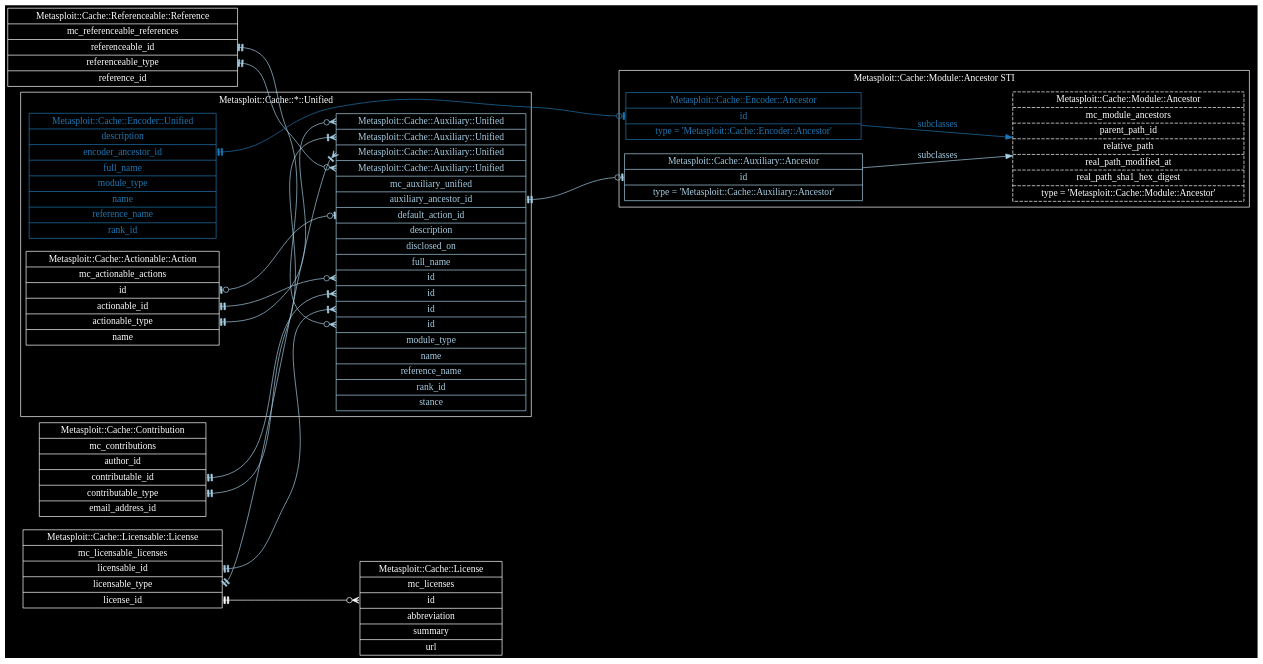
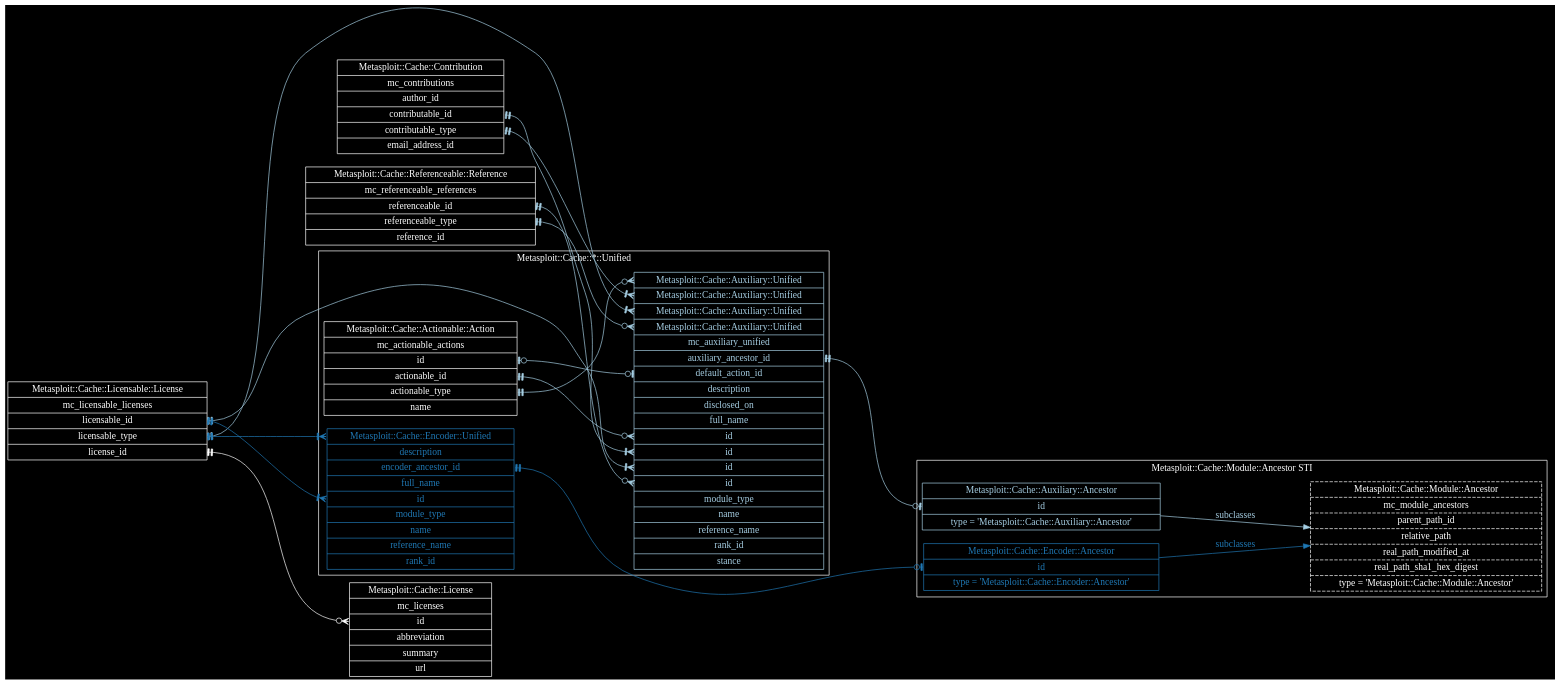
Before and after one commit to rapid7/metasploit-cache: the diagram in docs/metasploit-cache-read-model.dot, drawn with Graphviz.

Commit message:
Licensable::License -> Encoder::Unified
MSP-12192

```diff
--- a/docs/metasploit-cache-read-model.dot
+++ b/docs/metasploit-cache-read-model.dot
@@ -1,172 +1,186 @@
 digraph "Metasploit::Cache Read Model" {
   edge [
     color = "white"
     fontcolor = "white"
   ]
   graph [
     bgcolor = "black"
     rankdir = "LR"
     ranksep = "2"
   ]
   node [
     color = "white"
     fontcolor = "white"
     shape = "record"
   ]
 
   "Metasploit::Cache::Actionable::Action" [
     label = "Metasploit::Cache::Actionable::Action | mc_actionable_actions | <id>id | <actionable_id>actionable_id | <actionable_type>actionable_type | name"
   ]
 
   "Metasploit::Cache::Actionable::Action":actionable_id -> "Metasploit::Cache::Auxiliary::Unified":id_for_actionable_id [
     arrowhead = "crowodot"
     arrowtail = "teetee"
     color = "/paired9/1"
     dir = "both"
   ]
 
   "Metasploit::Cache::Actionable::Action":actionable_type -> "Metasploit::Cache::Auxiliary::Unified":type_for_actionable_type [
     arrowhead = "crowodot"
     arrowtail = "teetee"
     color = "/paired9/1"
     dir = "both"
   ]
 
   "Metasploit::Cache::Contribution" [
     label = "Metasploit::Cache::Contribution | mc_contributions | author_id | <contributable_id>contributable_id | <contributable_type>contributable_type | email_address_id"
   ]
 
   "Metasploit::Cache::Contribution":contributable_id -> "Metasploit::Cache::Auxiliary::Unified":id_for_contributable_id [
     arrowhead = "crowtee"
     arrowtail = "teetee"
     color = "/paired9/1"
     dir = "both"
   ]
 
   "Metasploit::Cache::Contribution":contributable_type -> "Metasploit::Cache::Auxiliary::Unified":type_for_contributable_type [
     arrowhead = "crowtee"
     arrowtail = "teetee"
     color = "/paired9/1"
     dir = "both"
   ]
 
   "Metasploit::Cache::License" [
     label = "Metasploit::Cache::License | mc_licenses | <id>id | abbreviation | summary | url"
   ]
 
   "Metasploit::Cache::Licensable::License" [
     label = "Metasploit::Cache::Licensable::License | mc_licensable_licenses | <licensable_id>licensable_id | <licensable_type>licensable_type | <license_id>license_id"
   ]
 
   "Metasploit::Cache::Licensable::License":licensable_id -> "Metasploit::Cache::Auxiliary::Unified":id_for_licensable_id [
     arrowhead = "crowtee"
     arrowtail = "teetee"
     color = "/paired9/1"
     dir = "both"
   ]
 
   "Metasploit::Cache::Licensable::License":licensable_type -> "Metasploit::Cache::Auxiliary::Unified":type_for_licensable_type [
     arrowhead = "crowtee"
     arrowtail = "teetee"
     color = "/paired9/1"
+    dir = "both"
+  ]
+
+  "Metasploit::Cache::Licensable::License":licensable_id -> "Metasploit::Cache::Encoder::Unified":id_for_licensable_id [
+    arrowhead = "crowtee"
+    arrowtail = "teetee"
+    color = "/paired9/2"
+    dir = "both"
+  ]
+
+  "Metasploit::Cache::Licensable::License":licensable_type -> "Metasploit::Cache::Encoder::Unified":type_for_licensable_type [
+    arrowhead = "crowtee"
+    arrowtail = "teetee"
+    color = "/paired9/2"
     dir = "both"
   ]
 
   "Metasploit::Cache::Licensable::License":license_id -> "Metasploit::Cache::License":id [
     arrowhead = "crowodot"
     arrowtail = "teetee"
     dir = "both"
   ]
 
   "Metasploit::Cache::Referenceable::Reference" [
     label = "Metasploit::Cache::Referenceable::Reference | mc_referenceable_references | <referenceable_id>referenceable_id | <referenceable_type>referenceable_type | reference_id"
   ]
 
   "Metasploit::Cache::Referenceable::Reference":referenceable_id -> "Metasploit::Cache::Auxiliary::Unified":id_for_referenceable_id [
     arrowhead = "crowodot"
     arrowtail = "teetee"
     color = "/paired9/1"
     dir = "both"
   ]
 
   "Metasploit::Cache::Referenceable::Reference":referenceable_type -> "Metasploit::Cache::Auxiliary::Unified":type_for_referenceable_type [
     arrowhead = "crowodot"
     arrowtail = "teetee"
     color = "/paired9/1"
     dir = "both"
   ]
 
   subgraph cluster_mc_module_ancestors {
     color = "white"
     fontcolor = "white"
     label = "Metasploit::Cache::Module::Ancestor STI"
 
     "Metasploit::Cache::Module::Ancestor" [
       label = "Metasploit::Cache::Module::Ancestor | mc_module_ancestors | parent_path_id | relative_path | real_path_modified_at | real_path_sha1_hex_digest | type = 'Metasploit::Cache::Module::Ancestor'"
       style = "dashed"
     ]
 
     "Metasploit::Cache::Auxiliary::Ancestor" [
       fontcolor = "/paired9/1"
       label = "Metasploit::Cache::Auxiliary::Ancestor | <id>id | type = 'Metasploit::Cache::Auxiliary::Ancestor'"
       color = "/paired9/1"
     ]
 
     "Metasploit::Cache::Auxiliary::Ancestor" -> "Metasploit::Cache::Module::Ancestor" [
       color = "/paired9/1"
       fontcolor = "/paired9/1"
       label = "subclasses"
     ]
 
     "Metasploit::Cache::Encoder::Ancestor" [
       color = "/paired9/2"
       fontcolor = "/paired9/2"
       label = "Metasploit::Cache::Encoder::Ancestor | <id>id | type = 'Metasploit::Cache::Encoder::Ancestor'"
     ]
 
     "Metasploit::Cache::Encoder::Ancestor" -> "Metasploit::Cache::Module::Ancestor" [
       color = "/paired9/2"
       fontcolor = "/paired9/2"
       label = "subclasses"
     ]
   }
 
   subgraph cluster_metasploit_cache_unified {
     color = "white"
     fontcolor = "white"
     label = "Metasploit::Cache::*::Unified"
 
     "Metasploit::Cache::Auxiliary::Unified" [
       color = "/paired9/1"
       fontcolor = "/paired9/1"
       label = "<type_for_actionable_type>Metasploit::Cache::Auxiliary::Unified | <type_for_contributable_type>Metasploit::Cache::Auxiliary::Unified | <type_for_licensable_type>Metasploit::Cache::Auxiliary::Unified | <type_for_referenceable_type>Metasploit::Cache::Auxiliary::Unified | mc_auxiliary_unified | <auxiliary_ancestor_id>auxiliary_ancestor_id | <default_action_id>default_action_id | description | disclosed_on | full_name | <id_for_actionable_id>id | <id_for_contributable_id>id | <id_for_licensable_id>id | <id_for_referenceable_id>id | module_type | name | reference_name | rank_id | stance"
     ]
 
     "Metasploit::Cache::Auxiliary::Unified":auxiliary_ancestor_id -> "Metasploit::Cache::Auxiliary::Ancestor":id [
       arrowhead = "teeodot"
       arrowtail = "teetee"
       color = "/paired9/1"
       dir = "both"
     ]
 
     "Metasploit::Cache::Auxiliary::Unified":default_action_id -> "Metasploit::Cache::Actionable::Action":id [
       arrowhead = "teeodot"
       arrowtail = "teeodot"
       color = "/paired9/1"
       dir = "both"
     ]
 
     "Metasploit::Cache::Encoder::Unified" [
       color = "/paired9/2"
       fontcolor = "/paired9/2"
-      label = "Metasploit::Cache::Encoder::Unified | description | <encoder_ancestor_id>encoder_ancestor_id | full_name | module_type | name | reference_name | rank_id"
+      label = "<type_for_licensable_type>Metasploit::Cache::Encoder::Unified | description | <encoder_ancestor_id>encoder_ancestor_id | full_name | <id_for_licensable_id>id | module_type | name | reference_name | rank_id"
     ]
 
     "Metasploit::Cache::Encoder::Unified":encoder_ancestor_id -> "Metasploit::Cache::Encoder::Ancestor":id [
       arrowhead = "teeodot"
       arrowtail = "teetee"
       color = "/paired9/2"
       dir = "both"
     ]
   }
 }
```
